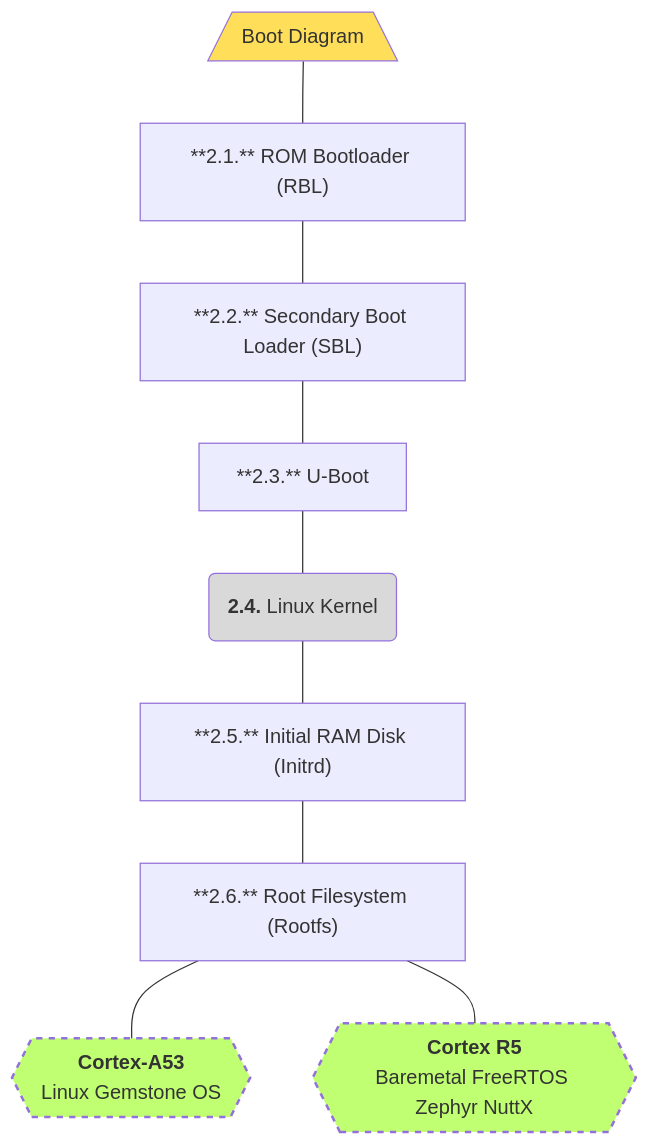
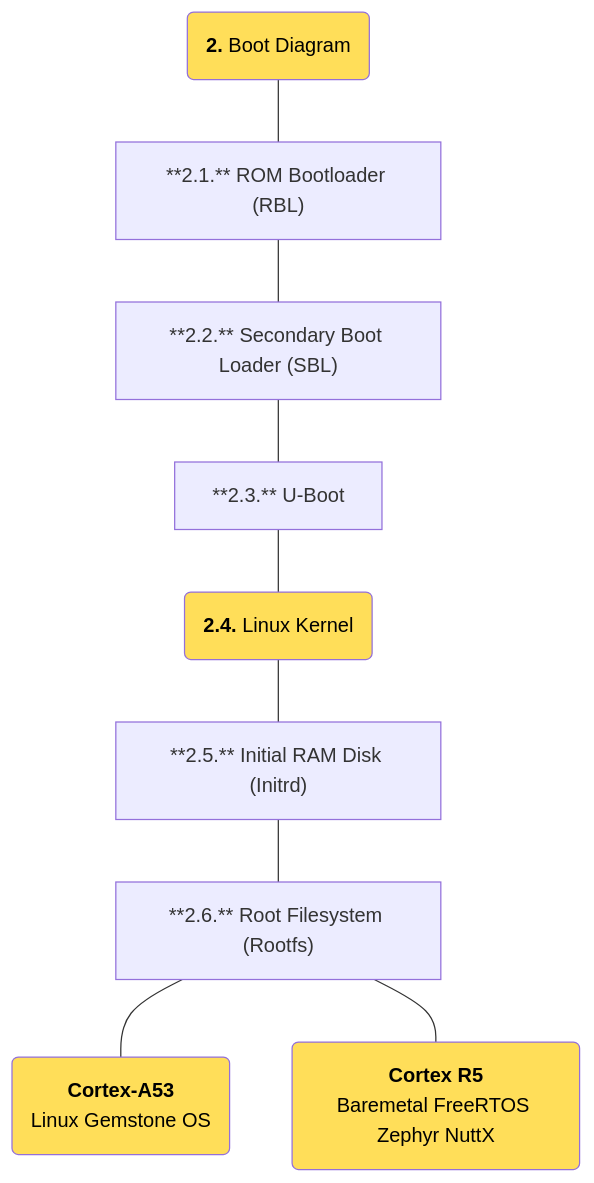
One commit to t3gemstone/docs changed the diagram in snippets/boards/o1/bootflow.mdx. Above: the diagram before and after it, drawn with Mermaid.

Commit message:
Fix: colors of bootflow

````diff
--- a/snippets/boards/o1/bootflow.mdx
+++ b/snippets/boards/o1/bootflow.mdx
@@ -2,18 +2,17 @@
 ```mermaid
 flowchart
-	n1@{ shape: "rounded", label: "Boot Diagram" } --- n2["**2.1.** ROM Bootloader (RBL)"]
-	n1@{ shape: "trap-b", label: "Boot Diagram" }
+	n1@{ shape: "rounded", label: "**2.** Boot Diagram" } --- n2["**2.1.** ROM Bootloader (RBL)"]
   n2["**2.1.** ROM Bootloader (RBL)"]
 	n2["**2.1.** ROM Bootloader (RBL)"] --- n3["**2.2.** Secondary Boot Loader (SBL)"]
 	n3 --- n4["**2.3.** U-Boot"]
 	n4 --- n5@{ shape: "rounded", label: "**2.4.** Linux Kernel" }
 	n5 --- n6["**2.5.** Initial RAM Disk (Initrd)"]
-	style n1 fill:#FFDE59
+	style n1 color:#000000,fill:#FFDE59
 	n6 --- n7["**2.6.** Root Filesystem (Rootfs)"]
-	n7 --- n8@{ shape: "circle", label: "**Cortex-A53**<br>Linux Gemstone OS" }
-	n7["**2.6.** Root Filesystem (Rootfs)"] --- n9@{ shape: "hex", label: "**Cortex R5**<br>Baremetal FreeRTOS Zephyr NuttX" }
-	n8@{ shape: "hex", label: "**Cortex-A53**<br>Linux Gemstone OS" }
-	style n8 stroke-width:2px,stroke-dasharray:5 5,fill:#C1FF72
-	style n9 stroke-width:2px,stroke-dasharray:5 5,fill:#C1FF72
-	style n5 fill:#D9D9D9
+	n7 --- n8@{ shape: "rounded", label: "**Cortex-A53**<br>Linux Gemstone OS" }
+	n7["**2.6.** Root Filesystem (Rootfs)"] --- n9@{ shape: "rounded", label: "**Cortex R5**<br>Baremetal FreeRTOS Zephyr NuttX" }
+	n8@{ shape: "rounded", label: "**Cortex-A53**<br>Linux Gemstone OS" }
+	style n8 color:#000000,fill:#FFDE59
+	style n9 color:#000000,fill:#FFDE59
+	style n5 color:#000000,fill:#FFDE59
 ```
````
